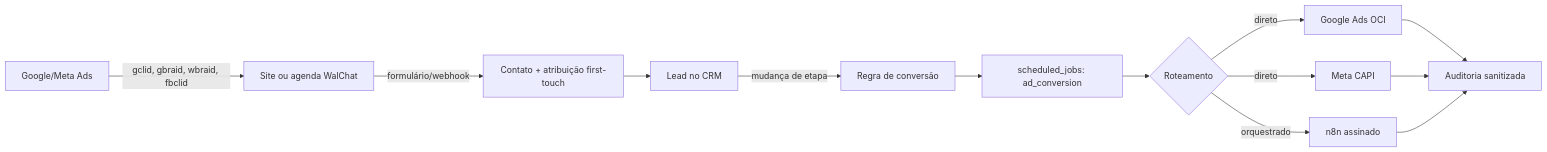
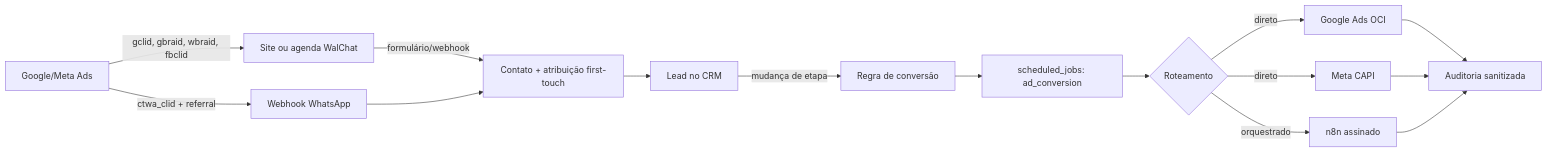
One commit to ShunWalChin/WalChat changed the diagram in docs/RASTREAMENTO_CONVERSOES_OCI_CAPI.md. Above: the diagram before and after it, drawn with Mermaid. The commit also changed other lines of this file and 33 other files, not shown here.

````diff
--- a/docs/RASTREAMENTO_CONVERSOES_OCI_CAPI.md
+++ b/docs/RASTREAMENTO_CONVERSOES_OCI_CAPI.md
@@ -13,15 +13,17 @@
 ```mermaid
 flowchart LR
   A[Google/Meta Ads] -->|gclid, gbraid, wbraid, fbclid| B[Site ou agenda WalChat]
+  A -->|ctwa_clid + referral| W[Webhook WhatsApp]
   B -->|formulário/webhook| C[Contato + atribuição first-touch]
+  W --> C
   C --> D[Lead no CRM]
   D -->|mudança de etapa| E[Regra de conversão]
   E --> F[scheduled_jobs: ad_conversion]
   F --> G{Roteamento}
   G -->|direto| H[Google Ads OCI]
   G -->|direto| I[Meta CAPI]
   G -->|orquestrado| J[n8n assinado]
   H --> K[Auditoria sanitizada]
   I --> K
   J --> K
 ```
````
